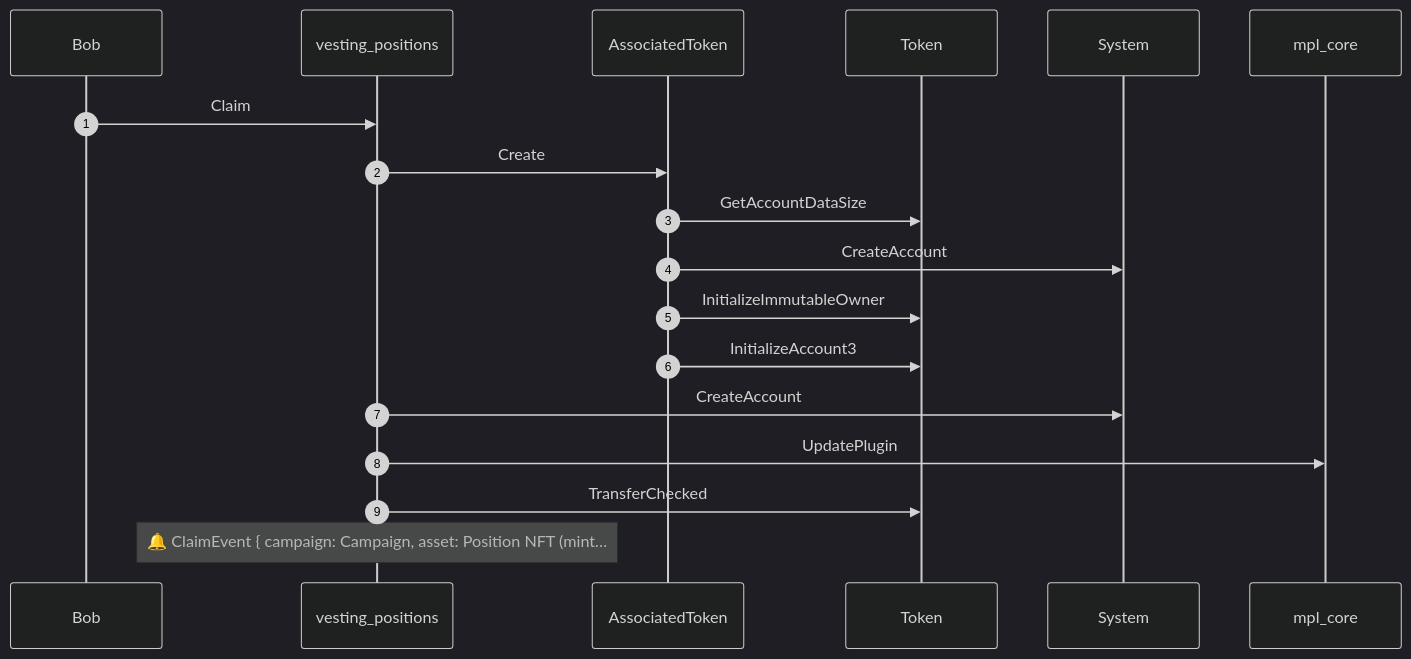
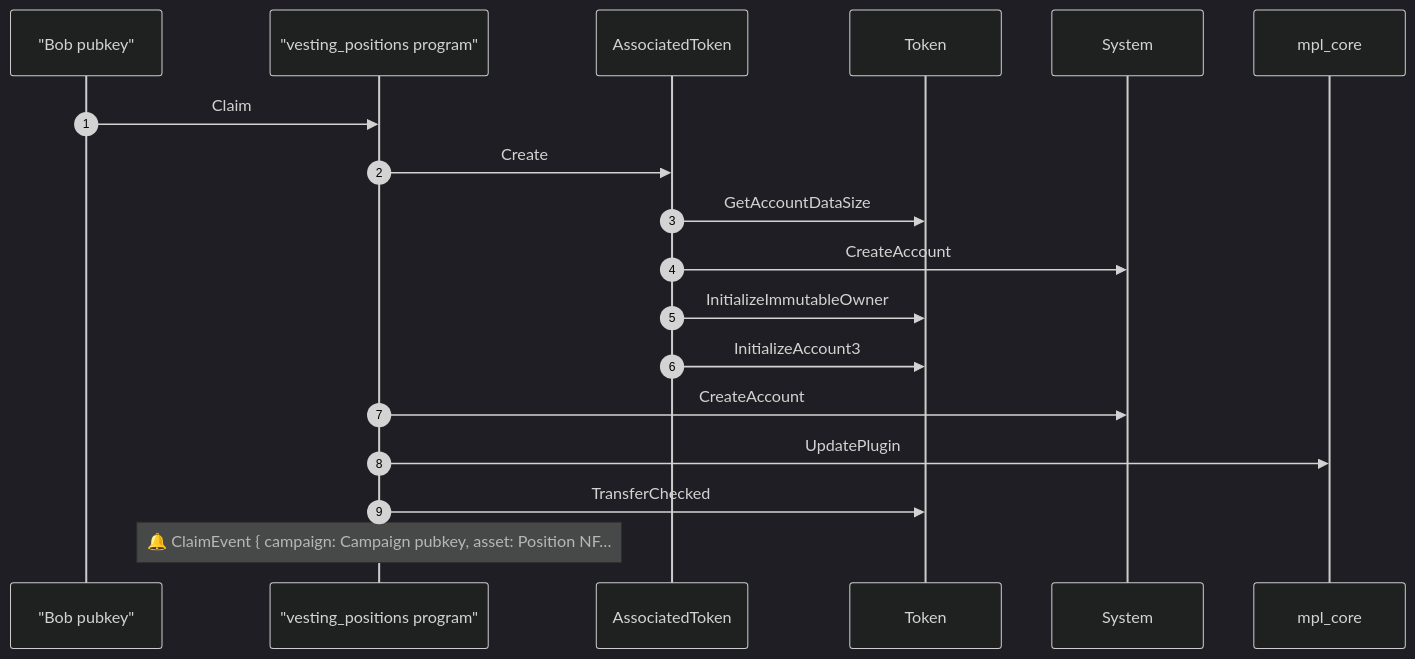
The fourth of 4 diagrams in md-reports/full-vesting-lifecycle.md (Canguilhem/Vesting-position), drawn with Mermaid (dark theme) before and after one commit. The commit also changed other lines of this file and 2 other files, not shown here.

````diff
--- a/md-reports/full-vesting-lifecycle.md
+++ b/md-reports/full-vesting-lifecycle.md
@@ -297,20 +285,20 @@
 ```mermaid
 sequenceDiagram
     autonumber
-    participant Bob
-    participant vesting_positions
+    participant Bob_pubkey as "Bob pubkey"
+    participant vesting_positions_program as "vesting_positions program"
     participant AssociatedToken
     participant Token
     participant System
     participant mpl_core
-    Bob ->> vesting_positions: Claim
-    vesting_positions ->> AssociatedToken: Create
+    Bob_pubkey ->> vesting_positions_program: Claim
+    vesting_positions_program ->> AssociatedToken: Create
     AssociatedToken ->> Token: GetAccountDataSize
     AssociatedToken ->> System: CreateAccount
     AssociatedToken ->> Token: InitializeImmutableOwner
     AssociatedToken ->> Token: InitializeAccount3
-    vesting_positions ->> System: CreateAccount
-    vesting_positions ->> mpl_core: UpdatePlugin
-    vesting_positions ->> Token: TransferChecked
-    note over vesting_positions: 🔔 ClaimEvent { campaign: Campaign, asset: Position NFT (mint…
+    vesting_positions_program ->> System: CreateAccount
+    vesting_positions_program ->> mpl_core: UpdatePlugin
+    vesting_positions_program ->> Token: TransferChecked
+    note over vesting_positions_program: 🔔 ClaimEvent { campaign: Campaign pubkey, asset: Position NF…
 ```
````
